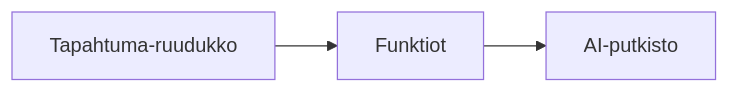
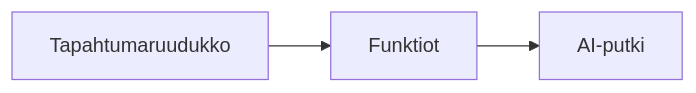
The second of 2 diagrams in translations/fi/docs/chapter-08-production/README.md (microsoft/AZD-for-beginners), drawn with Mermaid before and after one commit. The commit also changed other lines of this file and 61 other files, not shown here.

````diff
--- a/translations/fi/docs/chapter-08-production/README.md
+++ b/translations/fi/docs/chapter-08-production/README.md
@@ -57,4 +57,4 @@
 ```mermaid
 graph LR
-    EventGrid[Tapahtuma-ruudukko] --> Functions[Funktiot] --> Pipeline[AI-putkisto]
+    EventGrid[Tapahtumaruudukko] --> Functions[Funktiot] --> Pipeline[AI-putki]
 ```
````
